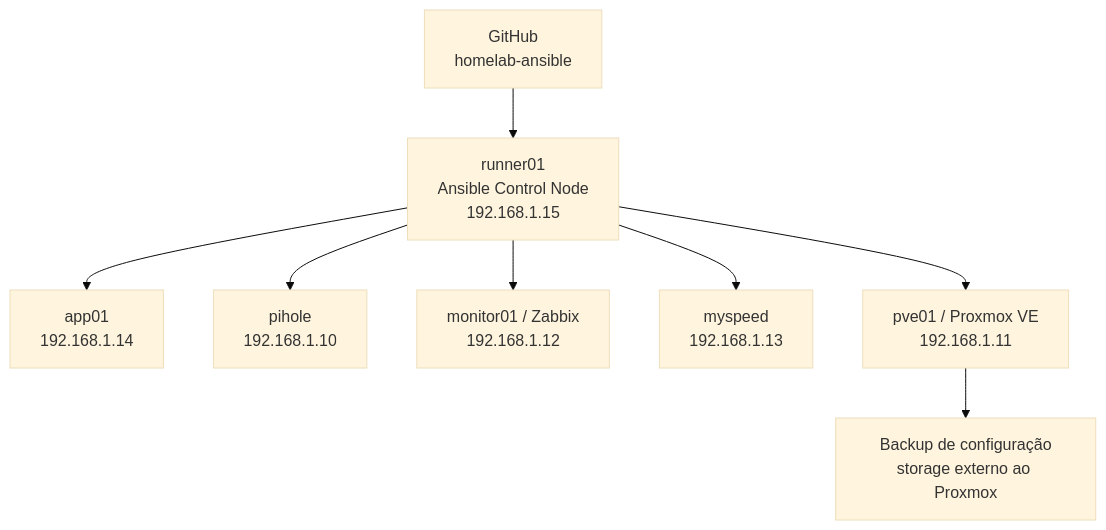
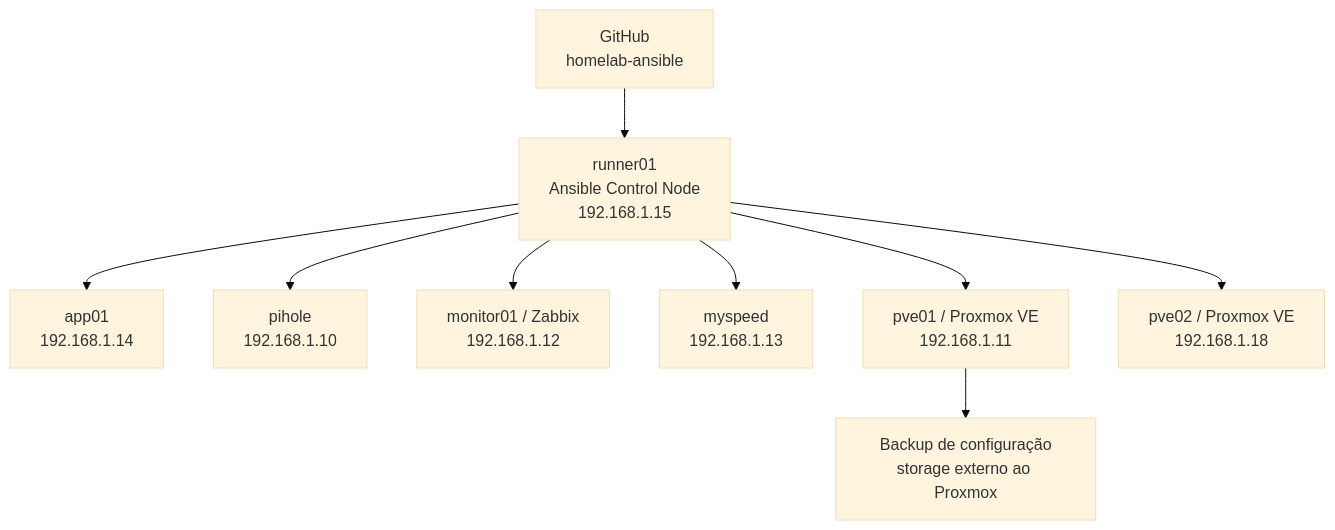
The diagram in README.md (lucasgonella/homelab-ansible), drawn with Mermaid (base theme) before and after one commit. The commit also changed other lines of this file, not shown here.

Commit message:
Document pve02 in homelab topology

````diff
--- a/README.md
+++ b/README.md
@@ -11,12 +11,13 @@
 ```mermaid
 flowchart TD
     GH[GitHub\nhomelab-ansible] --> R[runner01\nAnsible Control Node\n192.168.1.15]
 
     R --> A[app01\n192.168.1.14]
     R --> P[pihole\n192.168.1.10]
     R --> M[monitor01 / Zabbix\n192.168.1.12]
     R --> S[myspeed\n192.168.1.13]
     R --> PV[pve01 / Proxmox VE\n192.168.1.11]
+    R --> PV2[pve02 / Proxmox VE\n192.168.1.18]
 
     PV --> B[Backup de configuração\nstorage externo ao Proxmox]
 ```
````
